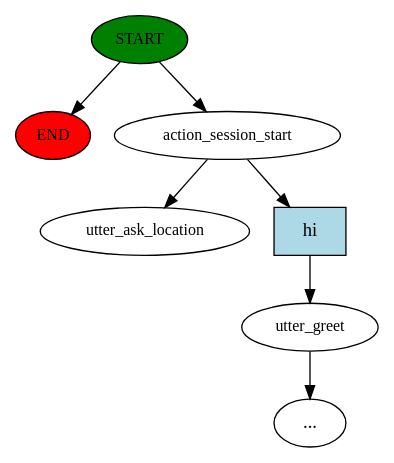
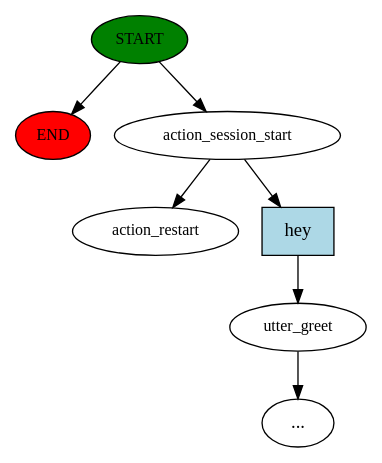
Before and after one commit to amitbcp/machine_learning_problems: the diagram in chat_bot/story_graph.dot, drawn with Graphviz. The commit also changed 3 other files, not shown here.

```diff
--- a/chat_bot/story_graph.dot
+++ b/chat_bot/story_graph.dot
@@ -1,15 +1,15 @@
 digraph  {
 0 [class="start active", fillcolor=green, fontsize=12, label=START, style=filled];
 "-1" [class=end, fillcolor=red, fontsize=12, label=END, style=filled];
 1 [class=active, fontsize=12, label=action_session_start];
 2 [class="", fontsize=12, label=utter_greet];
-"-4" [class=ellipsis, label="..."];
-6 [class="dashed active", fontsize=12, label=utter_ask_location];
-7 [class=intent, fillcolor=lightblue, label=hi, shape=rect, style=filled];
+"-3" [class=ellipsis, label="..."];
+4 [class="dashed active", fontsize=12, label=action_restart];
+9 [class=intent, fillcolor=lightblue, label=hey, shape=rect, style=filled];
 0 -> "-1"  [class="", key=NONE, label=""];
 0 -> 1  [class=active, key=NONE, label=""];
-1 -> 6  [class=active, key=NONE, label=""];
-1 -> 7  [class="", key=0];
-2 -> "-4"  [class="", key=NONE, label=""];
-7 -> 2  [class="", key=0];
+1 -> 4  [class=active, key=NONE, label=""];
+1 -> 9  [class="", key=0];
+2 -> "-3"  [class="", key=NONE, label=""];
+9 -> 2  [class="", key=0];
 }
```
